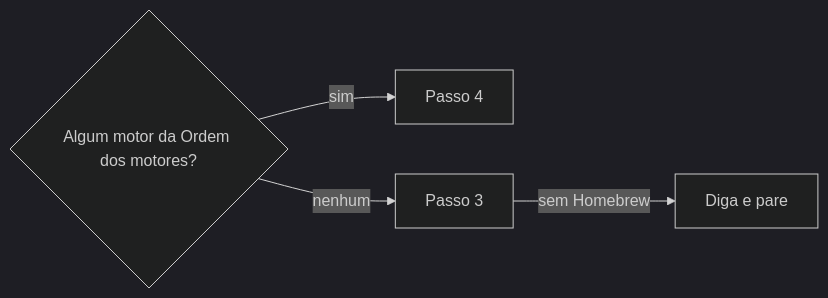
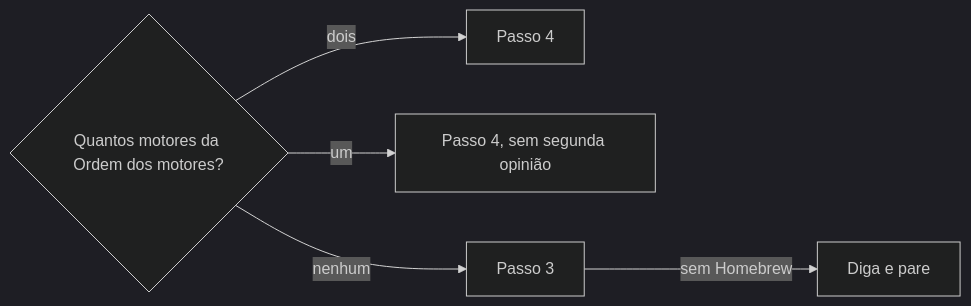
Before and after one commit to jimmyandrade/harness: the diagram in .agents/skills/transcrever-audio-e-video/SKILL.md, drawn with Mermaid (dark theme). The commit also changed other lines of this file and 2 other files, not shown here.

````diff
--- a/.agents/skills/transcrever-audio-e-video/SKILL.md
+++ b/.agents/skills/transcrever-audio-e-video/SKILL.md
@@ -47,6 +47,7 @@
 ```mermaid
 flowchart LR
-  A{Algum motor da Ordem dos motores?} -->|sim| B[Passo 4]
+  A{Quantos motores da Ordem dos motores?} -->|dois| B[Passo 4]
+  A -->|um| E[Passo 4, sem segunda opinião]
   A -->|nenhum| C[Passo 3]
   C -->|sem Homebrew| D[Diga e pare]
 ```
````
